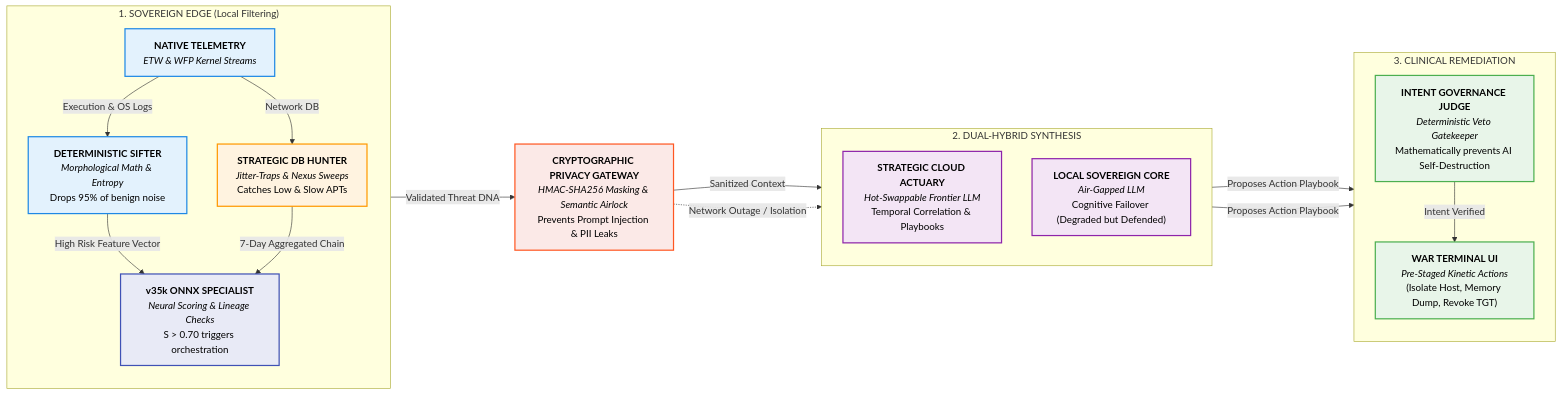
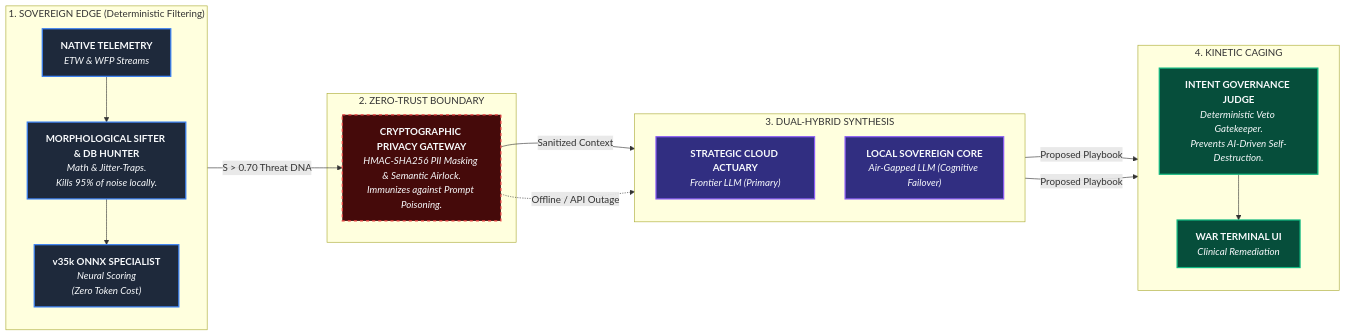
The diagram in README.md (KodenameRed/Aegis-Overwatch), drawn with Mermaid before and after one commit.

Commit message:
Core Logic: Adding compiled Cython binaries and flat structure

````diff
--- a/README.md
+++ b/README.md
@@ -13,52 +13,47 @@
 ```mermaid
 flowchart LR
-    %% Styling
-    classDef edge fill:#e3f2fd,stroke:#1e88e5,stroke-width:2px,color:#000
-    classDef hunter fill:#fff3e0,stroke:#ff9800,stroke-width:2px,color:#000
-    classDef neural fill:#e8eaf6,stroke:#3f51b5,stroke-width:2px,color:#000
-    classDef airlock fill:#fbe9e7,stroke:#ff5722,stroke-width:2px,color:#000
-    classDef cognitive fill:#f3e5f5,stroke:#8e24aa,stroke-width:2px,color:#000
-    classDef execution fill:#e8f5e9,stroke:#4caf50,stroke-width:2px,color:#000
+    %% Bleeding-Edge Styling
+    classDef edge fill:#1e293b,stroke:#3b82f6,stroke-width:2px,color:#f8fafc
+    classDef boundary fill:#450a0a,stroke:#ef4444,stroke-width:2px,stroke-dasharray: 5 5,color:#f8fafc
+    classDef brain fill:#312e81,stroke:#8b5cf6,stroke-width:2px,color:#f8fafc
+    classDef cage fill:#064e3b,stroke:#10b981,stroke-width:2px,color:#f8fafc
 
-    %% Edge Layer
-    subgraph Edge ["1. SOVEREIGN EDGE (Local Filtering)"]
+    %% Phase 1: Zero-Cost Edge Filtering
+    subgraph Edge ["1. SOVEREIGN EDGE (Deterministic Filtering)"]
         direction TB
-        Telemetry["<b>NATIVE TELEMETRY</b><br/><i>ETW & WFP Kernel Streams</i>"]:::edge
-        Sifter["<b>DETERMINISTIC SIFTER</b><br/><i>Morphological Math & Entropy</i><br/>Drops 95% of benign noise"]:::edge
-        Hunter["<b>STRATEGIC DB HUNTER</b><br/><i>Jitter-Traps & Nexus Sweeps</i><br/>Catches Low & Slow APTs"]:::hunter
-        Triage["<b>v35k ONNX SPECIALIST</b><br/><i>Neural Scoring & Lineage Checks</i><br/>S > 0.70 triggers orchestration"]:::neural
+        Raw["<b>NATIVE TELEMETRY</b><br/><i>ETW & WFP Streams</i>"]:::edge
+        Sifter["<b>MORPHOLOGICAL SIFTER & DB HUNTER</b><br/><i>Math & Jitter-Traps.<br/>Kills 95% of noise locally.</i>"]:::edge
+        ONNX["<b>v35k ONNX SPECIALIST</b><br/><i>Neural Scoring<br/>(Zero Token Cost)</i>"]:::edge
+        
+        Raw --> Sifter --> ONNX
     end
 
-    %% The Privacy Airlock
-    Gateway["<b>CRYPTOGRAPHIC PRIVACY GATEWAY</b><br/><i>HMAC-SHA256 Masking & Semantic Airlock</i><br/>Prevents Prompt Injection & PII Leaks"]:::airlock
-
-    %% Cognitive Layer
-    subgraph Brain ["2. DUAL-HYBRID SYNTHESIS"]
-        direction TB
-        Cloud["<b>STRATEGIC CLOUD ACTUARY</b><br/><i>Hot-Swappable Frontier LLM</i><br/>Temporal Correlation & Playbooks"]:::cognitive
-        Failover["<b>LOCAL SOVEREIGN CORE</b><br/><i>Air-Gapped LLM</i><br/>Cognitive Failover (Degraded but Defended)"]:::cognitive
+    %% Phase 2: The Absolute Security Boundary
+    subgraph Airlock ["2. ZERO-TRUST BOUNDARY"]
+        Gateway["<b>CRYPTOGRAPHIC PRIVACY GATEWAY</b><br/><i>HMAC-SHA256 PII Masking & Semantic Airlock.<br/>Immunizes against Prompt Poisoning.</i>"]:::boundary
     end
 
-    %% Execution & Governance
-    subgraph Terminal ["3. CLINICAL REMEDIATION"]
+    %% Phase 3: The Intelligence Engine
+    subgraph Cognitive ["3. DUAL-HYBRID SYNTHESIS"]
         direction TB
-        Gov["<b>INTENT GOVERNANCE JUDGE</b><br/><i>Deterministic Veto Gatekeeper</i><br/>Mathematically prevents AI Self-Destruction"]:::execution
-        War["<b>WAR TERMINAL UI</b><br/><i>Pre-Staged Kinetic Actions</i><br/>(Isolate Host, Memory Dump, Revoke TGT)"]:::execution
+        Cloud["<b>STRATEGIC CLOUD ACTUARY</b><br/><i>Frontier LLM (Primary)</i>"]:::brain
+        Local["<b>LOCAL SOVEREIGN CORE</b><br/><i>Air-Gapped LLM (Cognitive Failover)</i>"]:::brain
     end
 
-    %% Flow Routes
-    Telemetry -->|Execution & OS Logs| Sifter
-    Telemetry -->|Network DB| Hunter
-    Sifter -->|High Risk Feature Vector| Triage
-    Hunter -->|7-Day Aggregated Chain| Triage
+    %% Phase 4: Mathematical Execution Control
+    subgraph Execution ["4. KINETIC CAGING"]
+        direction TB
+        Judge["<b>INTENT GOVERNANCE JUDGE</b><br/><i>Deterministic Veto Gatekeeper.<br/>Prevents AI-Driven Self-Destruction.</i>"]:::cage
+        Terminal["<b>WAR TERMINAL UI</b><br/><i>Clinical Remediation</i>"]:::cage
+        
+        Judge --> Terminal
+    end
+
+    %% Routing
+    ONNX -->|S > 0.70 Threat DNA| Gateway
+    Gateway -->|Sanitized Context| Cloud
+    Gateway -.->|Offline / API Outage| Local
     
-    Triage -->|Validated Threat DNA| Gateway
-    
-    Gateway -->|Sanitized Context| Cloud
-    Gateway -.->|Network Outage / Isolation| Failover
-
-    Cloud -->|Proposes Action Playbook| Gov
-    Failover -->|Proposes Action Playbook| Gov
-
-    Gov -->|Intent Verified| War
+    Cloud -->|Proposed Playbook| Judge
+    Local -->|Proposed Playbook| Judge
 ```
````
